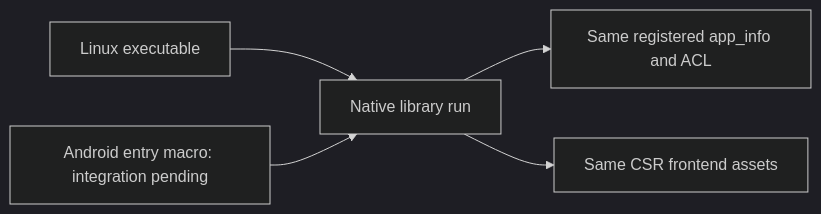
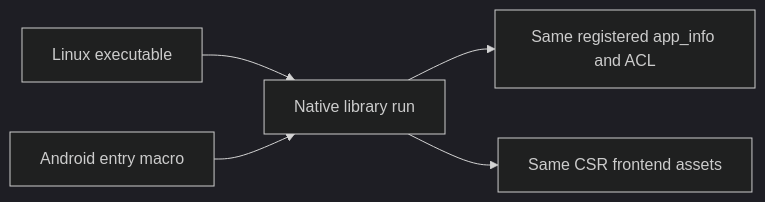
The sixth of 8 diagrams in docs/architecture.md (kmosoti/rust-ui-template), drawn with Mermaid (dark theme) before and after one commit. The commit also changed other lines of this file and 12 other files, not shown here.

````diff
--- a/docs/architecture.md
+++ b/docs/architecture.md
@@ -200,7 +200,7 @@
 ```mermaid
 flowchart LR
   Desktop[Linux executable] --> Run[Native library run]
-  Android[Android entry macro: integration pending] --> Run
+  Android[Android entry macro] --> Run
   Run --> Commands[Same registered app_info and ACL]
   Run --> Bundle[Same CSR frontend assets]
 ```
````
